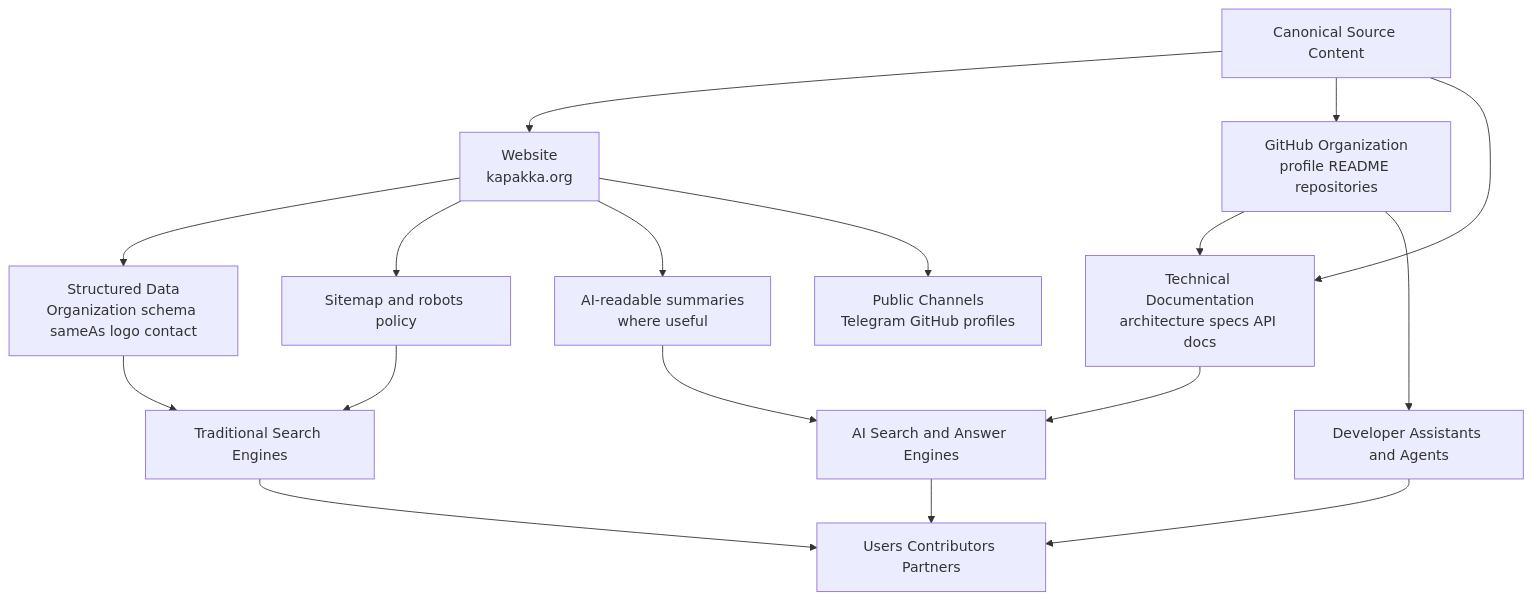
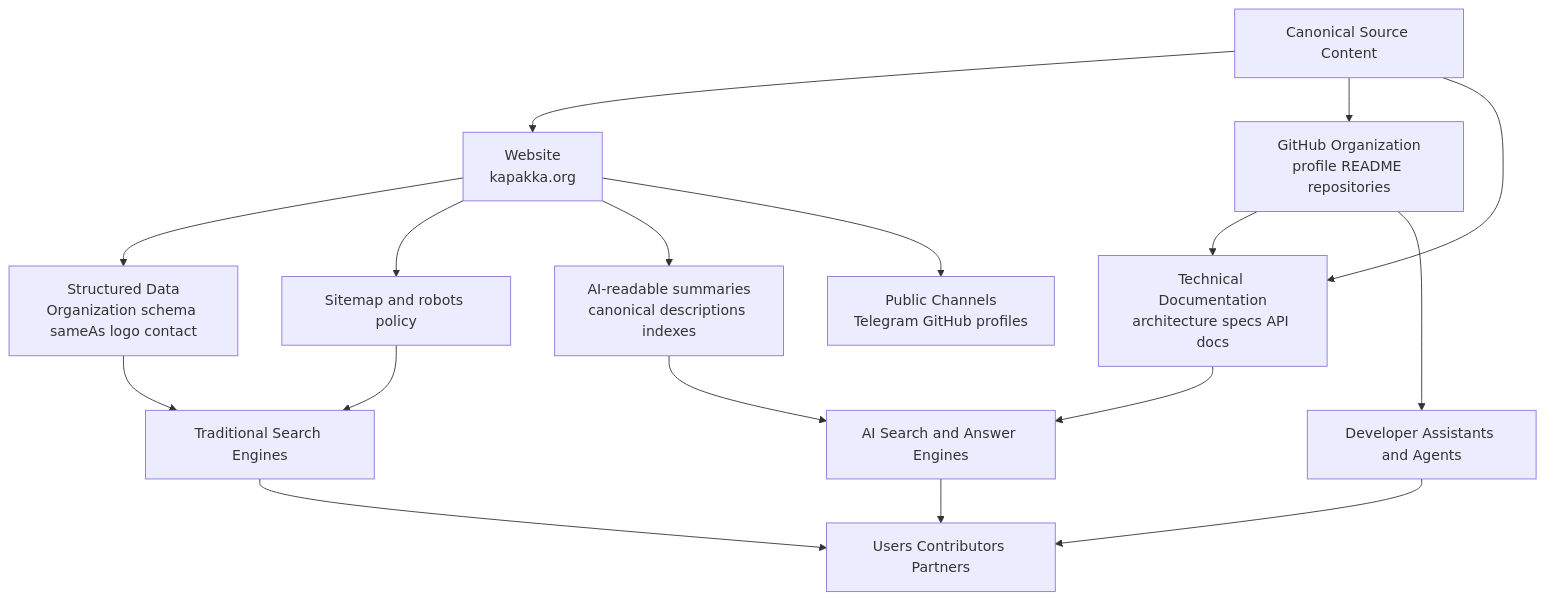
Before and after one commit to AnimusHQ/.github: the second of 2 diagrams in profile/README.md, drawn with Mermaid. The commit also changed other lines of this file, not shown here.

````diff
--- a/profile/README.md
+++ b/profile/README.md
@@ -220,35 +276,35 @@
 ```mermaid
 flowchart TB
   Source[Canonical Source Content]
 
   Website[Website<br/>kapakka.org]
   GitHub[GitHub Organization<br/>profile README repositories]
   Docs[Technical Documentation<br/>architecture specs API docs]
   Schema[Structured Data<br/>Organization schema sameAs logo contact]
   Sitemap[Sitemap and robots policy]
-  LLMFiles[AI-readable summaries<br/>where useful]
+  Summaries[AI-readable summaries<br/>canonical descriptions indexes]
   Social[Public Channels<br/>Telegram GitHub profiles]
 
   Search[Traditional Search Engines]
   AISearch[AI Search and Answer Engines]
   Assistants[Developer Assistants and Agents]
   Users[Users Contributors Partners]
 
   Source --> Website
   Source --> GitHub
   Source --> Docs
   Website --> Schema
   Website --> Sitemap
-  Website --> LLMFiles
+  Website --> Summaries
   Website --> Social
   GitHub --> Docs
 
   Schema --> Search
   Sitemap --> Search
-  LLMFiles --> AISearch
+  Summaries --> AISearch
   Docs --> AISearch
   GitHub --> Assistants
   AISearch --> Users
   Search --> Users
   Assistants --> Users
 ```
````
